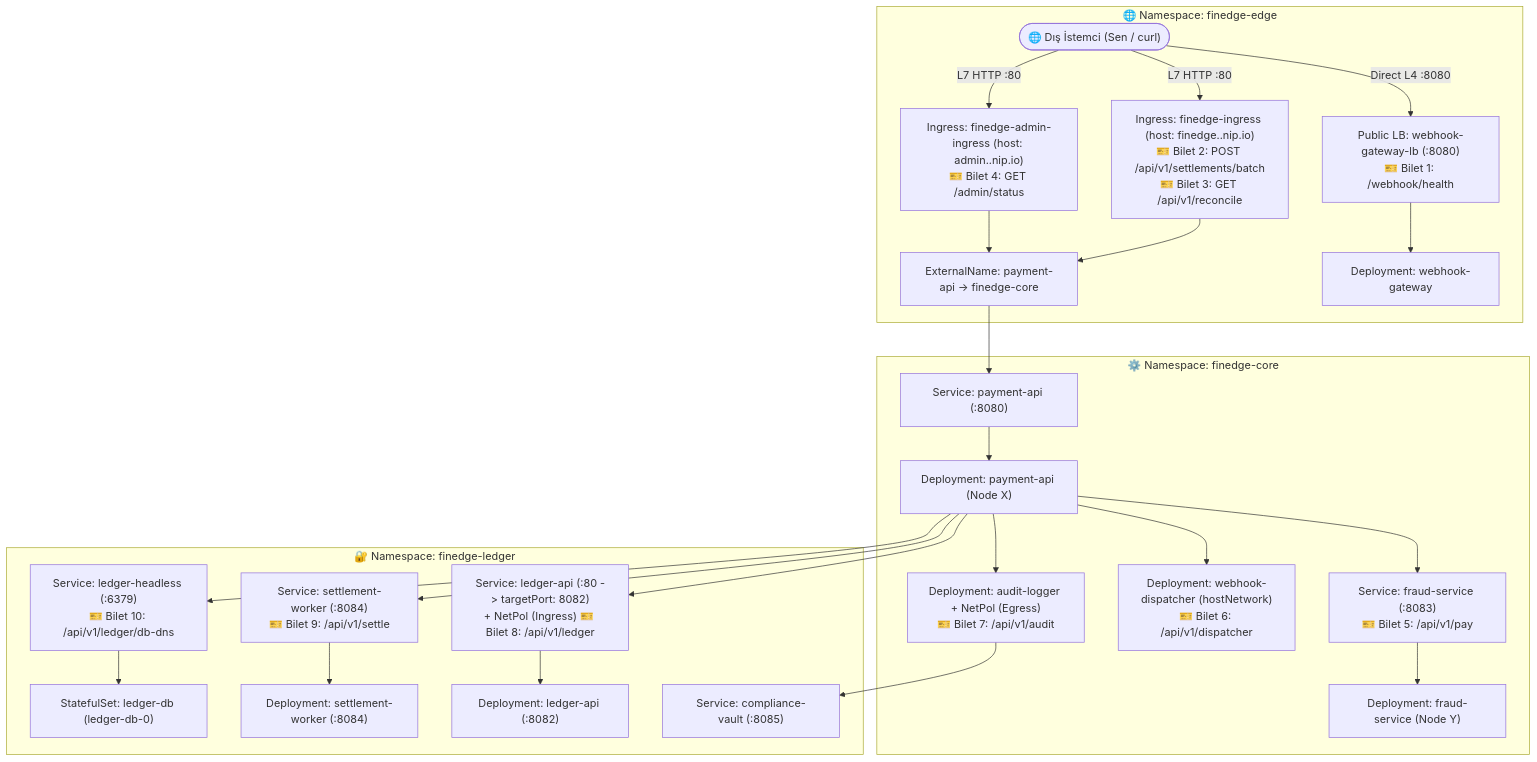
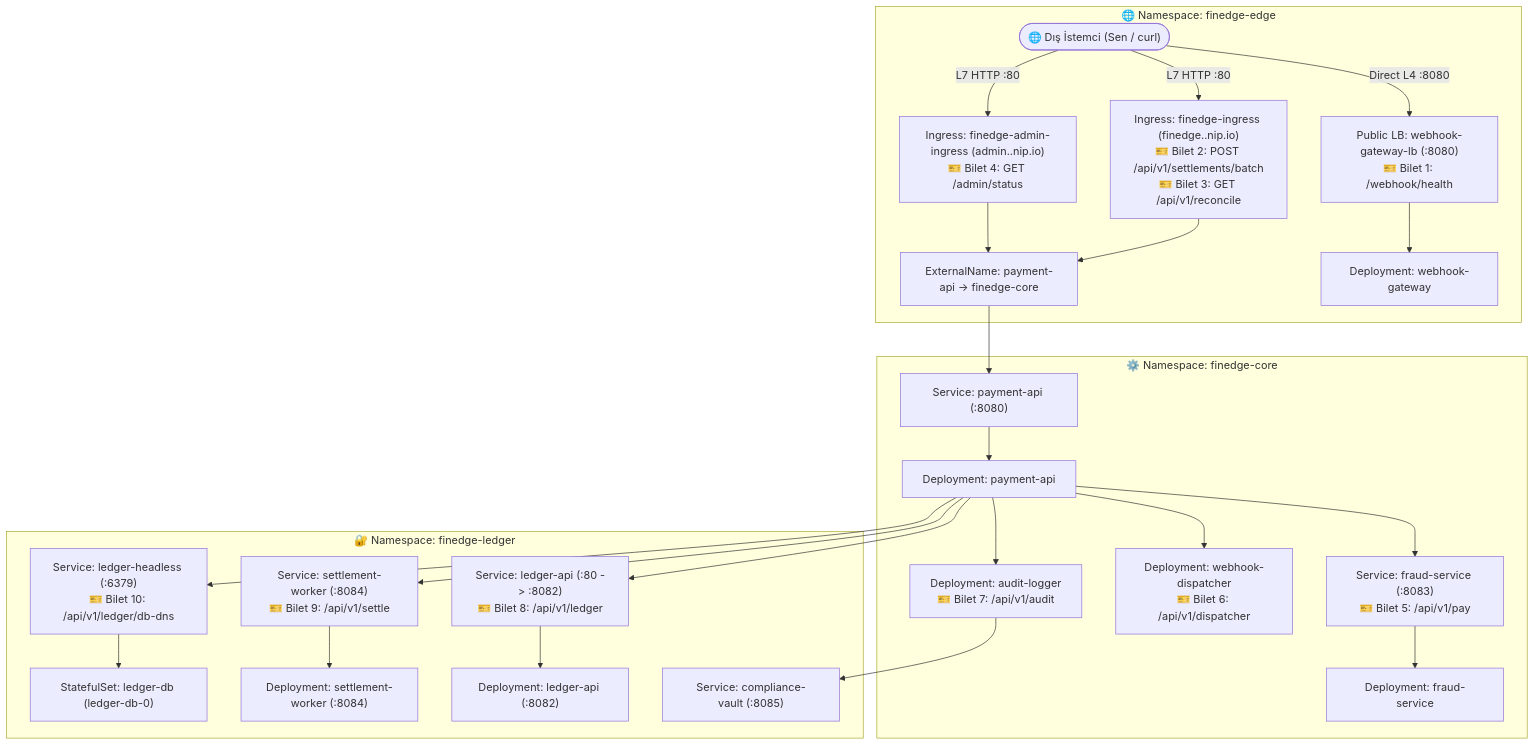
Before and after one commit to YusufKaya00/k8s-hands-on-labs: the diagram in troubleshoot/k8-troubleshoot-28/README.md, drawn with Mermaid. The commit also changed other lines of this file, not shown here.

````diff
--- a/troubleshoot/k8-troubleshoot-28/README.md
+++ b/troubleshoot/k8-troubleshoot-28/README.md
@@ -58,46 +80,46 @@
 ```mermaid
 flowchart TD
     Client(["🌐 Dış İstemci (Sen / curl)"])
 
     subgraph EdgeNS ["🌐 Namespace: finedge-edge"]
         GWLB["Public LB: webhook-gateway-lb (:8080)<br/>🎫 Bilet 1: /webhook/health"]
         GWPod["Deployment: webhook-gateway"]
 
-        IngMain["Ingress: finedge-ingress (host: finedge.<IP>.nip.io)<br/>🎫 Bilet 2: POST /api/v1/settlements/batch<br/>🎫 Bilet 3: GET /api/v1/reconcile"]
-        IngAdmin["Ingress: finedge-admin-ingress (host: admin.<IP>.nip.io)<br/>🎫 Bilet 4: GET /admin/status"]
+        IngMain["Ingress: finedge-ingress (finedge.<IP>.nip.io)<br/>🎫 Bilet 2: POST /api/v1/settlements/batch<br/>🎫 Bilet 3: GET /api/v1/reconcile"]
+        IngAdmin["Ingress: finedge-admin-ingress (admin.<IP>.nip.io)<br/>🎫 Bilet 4: GET /admin/status"]
         ExtSvc["ExternalName: payment-api -> finedge-core"]
 
         Client -->|"Direct L4 :8080"| GWLB --> GWPod
         Client -->|"L7 HTTP :80"| IngMain --> ExtSvc
         Client -->|"L7 HTTP :80"| IngAdmin --> ExtSvc
     end
 
     subgraph CoreNS ["⚙️ Namespace: finedge-core"]
         PaySvc["Service: payment-api (:8080)"]
-        PayPod["Deployment: payment-api (Node X)"]
+        PayPod["Deployment: payment-api"]
         FraudSvc["Service: fraud-service (:8083)<br/>🎫 Bilet 5: /api/v1/pay"]
-        FraudPod["Deployment: fraud-service (Node Y)"]
-        DispPod["Deployment: webhook-dispatcher (hostNetwork)<br/>🎫 Bilet 6: /api/v1/dispatcher"]
-        AuditPod["Deployment: audit-logger + NetPol (Egress)<br/>🎫 Bilet 7: /api/v1/audit"]
+        FraudPod["Deployment: fraud-service"]
+        DispPod["Deployment: webhook-dispatcher<br/>🎫 Bilet 6: /api/v1/dispatcher"]
+        AuditPod["Deployment: audit-logger<br/>🎫 Bilet 7: /api/v1/audit"]
 
         ExtSvc --> PaySvc --> PayPod
         PayPod --> FraudSvc --> FraudPod
         PayPod --> DispPod
         PayPod --> AuditPod
     end
 
     subgraph LedgerNS ["🔐 Namespace: finedge-ledger"]
-        LedgerSvc["Service: ledger-api (:80 -> targetPort: 8082)<br/>+ NetPol (Ingress) 🎫 Bilet 8: /api/v1/ledger"]
+        LedgerSvc["Service: ledger-api (:80 -> :8082)<br/>🎫 Bilet 8: /api/v1/ledger"]
         LedgerPod["Deployment: ledger-api (:8082)"]
         SettleSvc["Service: settlement-worker (:8084)<br/>🎫 Bilet 9: /api/v1/settle"]
         SettlePod["Deployment: settlement-worker (:8084)"]
         VaultSvc["Service: compliance-vault (:8085)"]
         HeadlessSvc["Service: ledger-headless (:6379)<br/>🎫 Bilet 10: /api/v1/ledger/db-dns"]
         LedgerSTS["StatefulSet: ledger-db (ledger-db-0)"]
 
         PayPod --> LedgerSvc --> LedgerPod
         PayPod --> SettleSvc --> SettlePod
         AuditPod --> VaultSvc
         PayPod --> HeadlessSvc --> LedgerSTS
     end
 ```
````
